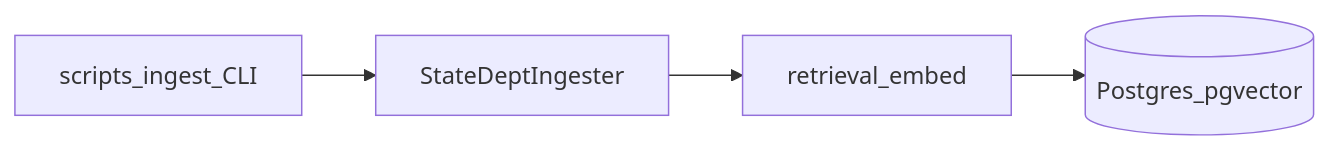
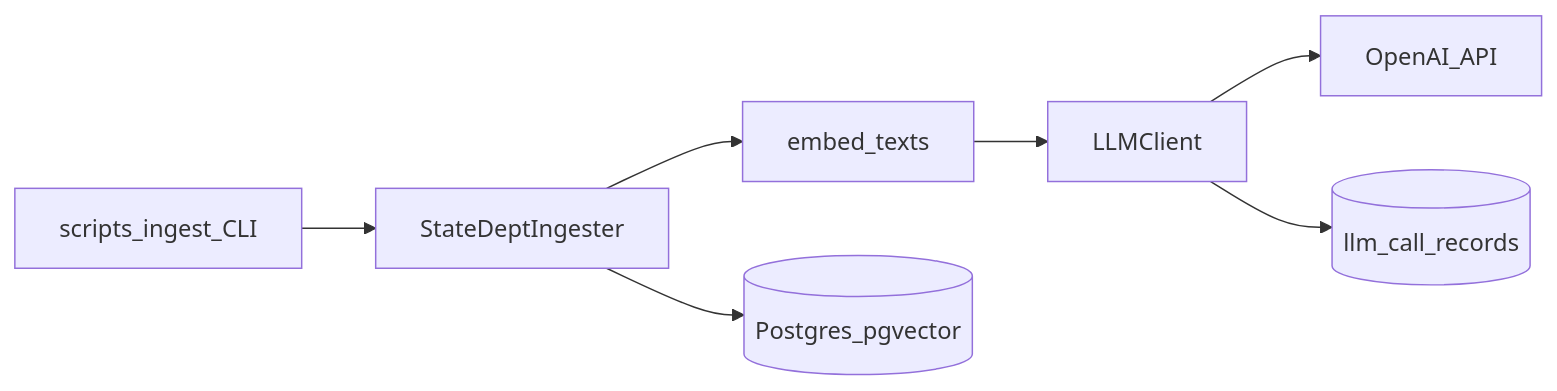
Before and after one commit to protektiq/wellfounded: the fourth of 5 diagrams in DATA_FLOW.md, drawn with Mermaid. The commit also changed other lines of this file and 13 other files, not shown here.

````diff
--- a/DATA_FLOW.md
+++ b/DATA_FLOW.md
@@ -71,10 +73,16 @@
 ```mermaid
 flowchart LR
   cli[scripts_ingest_CLI]
   ing[StateDeptIngester]
-  emb[retrieval_embed]
+  emb[embed_texts]
+  llc[LLMClient]
+  oai[OpenAI_API]
   pg[(Postgres_pgvector)]
+  rec[(llm_call_records)]
   cli --> ing
   ing --> emb
-  emb --> pg
+  emb --> llc
+  llc --> oai
+  llc --> rec
+  ing --> pg
 ```
````
